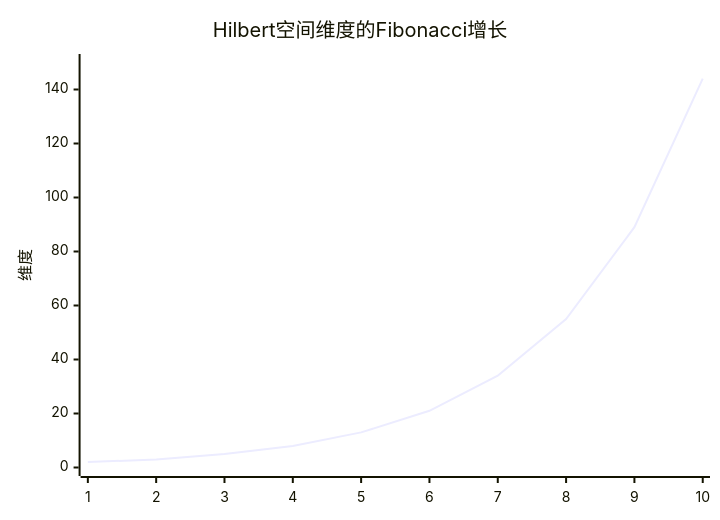
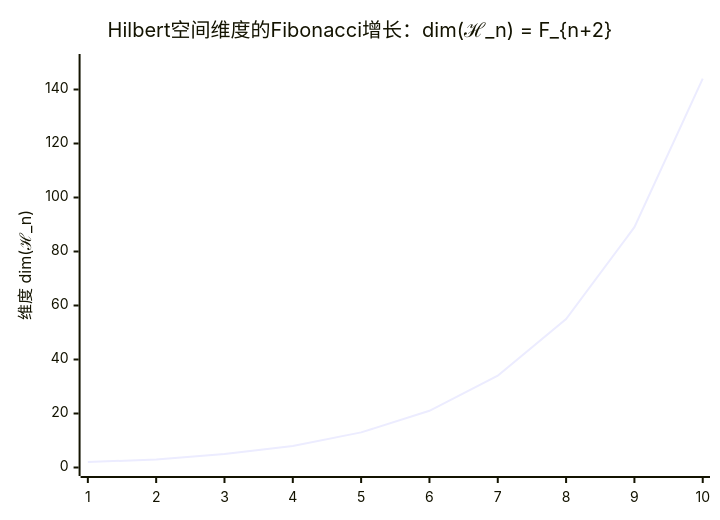
Before and after one commit to loning/zeckendorf-hilbert: the seventh of 13 diagrams in docs/appendix_visual.md, drawn with Mermaid. The commit also changed other lines of this file and 11 other files, not shown here.

````diff
--- a/docs/appendix_visual.md
+++ b/docs/appendix_visual.md
@@ -167,7 +175,7 @@
 ```mermaid
 xychart-beta
-    title "Hilbert空间维度的Fibonacci增长"
+    title "Hilbert空间维度的Fibonacci增长：dim(ℋ_n) = F_{n+2}"
     x-axis [1, 2, 3, 4, 5, 6, 7, 8, 9, 10]
-    y-axis "维度" 0 --> 150
+    y-axis "维度 dim(ℋ_n)" 0 --> 150
     line [2, 3, 5, 8, 13, 21, 34, 55, 89, 144]
 ```
````
